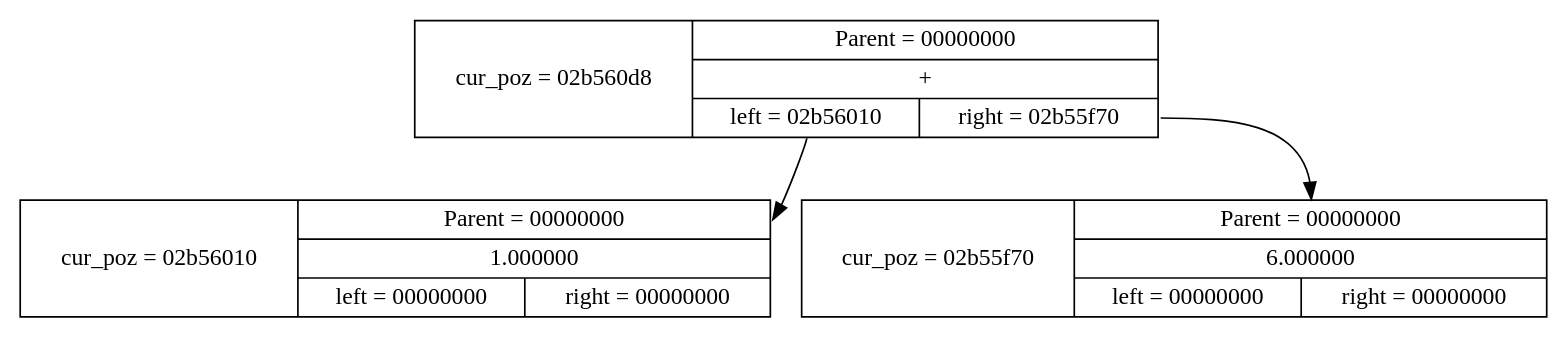
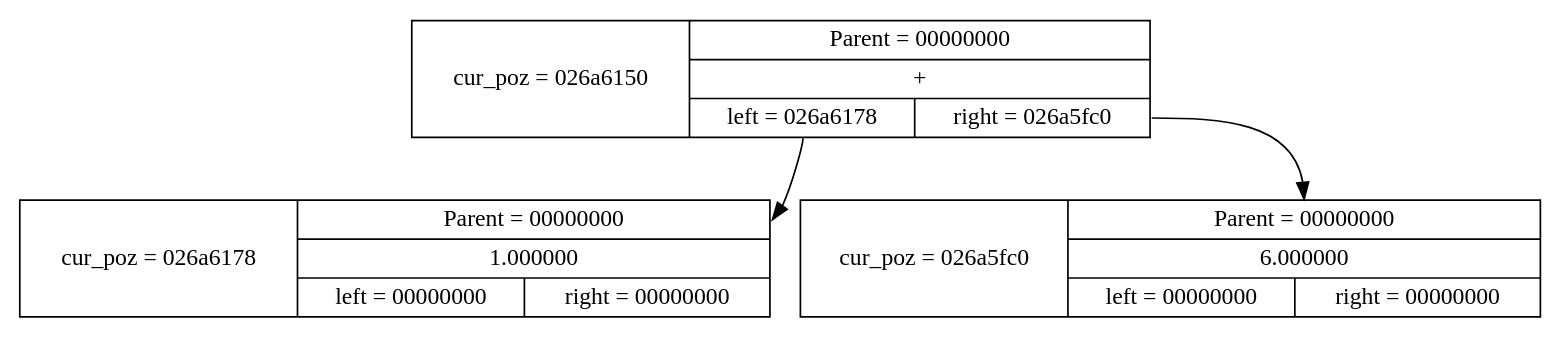
One commit to Voikgrib/Diff changed the diagram in dump.dot. Above: the diagram before and after it, drawn with Graphviz. The commit also changed 1 other file, not shown here.

```diff
--- a/dump.dot
+++ b/dump.dot
@@ -1,8 +1,8 @@
 digraph list {
 	node [shape = record];
-	node02b56010 [label = "cur_poz = 02b56010|{<f0> Parent = 00000000 | <f1> 1.000000 |{<f2> left = 00000000 | <f3> right = 00000000 }}"];
-	node02b560d8 [label = "cur_poz = 02b560d8|{<f0> Parent = 00000000 | <f1> + |{<f2> left = 02b56010 | <f3> right = 02b55f70 }}"];
-	node02b55f70 [label = "cur_poz = 02b55f70|{<f0> Parent = 00000000 | <f1> 6.000000 |{<f2> left = 00000000 | <f3> right = 00000000 }}"];
-	"node02b560d8":f2 -> "node02b56010":f0;
-	"node02b560d8":f3 -> "node02b55f70":f0;
+	node026a6178 [label = "cur_poz = 026a6178|{<f0> Parent = 00000000 | <f1> 1.000000 |{<f2> left = 00000000 | <f3> right = 00000000 }}"];
+	node026a6150 [label = "cur_poz = 026a6150|{<f0> Parent = 00000000 | <f1> + |{<f2> left = 026a6178 | <f3> right = 026a5fc0 }}"];
+	node026a5fc0 [label = "cur_poz = 026a5fc0|{<f0> Parent = 00000000 | <f1> 6.000000 |{<f2> left = 00000000 | <f3> right = 00000000 }}"];
+	"node026a6150":f2 -> "node026a6178":f0;
+	"node026a6150":f3 -> "node026a5fc0":f0;
 }
```
